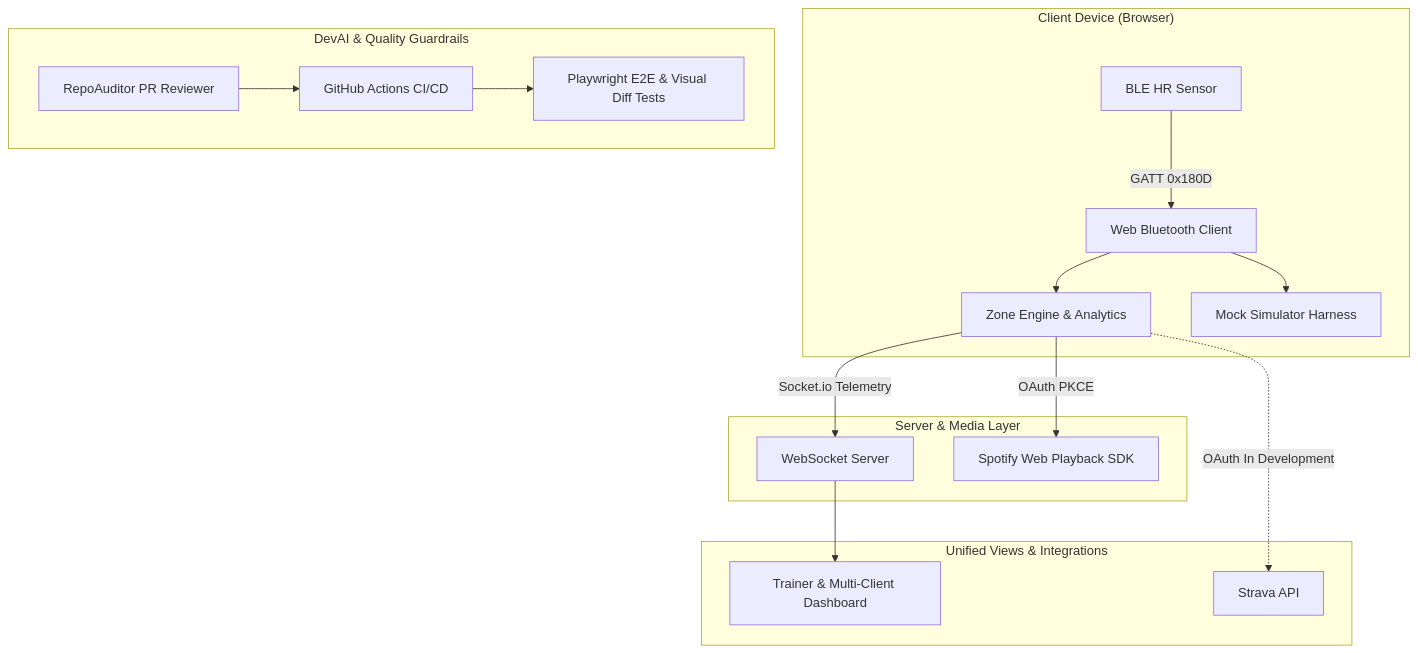
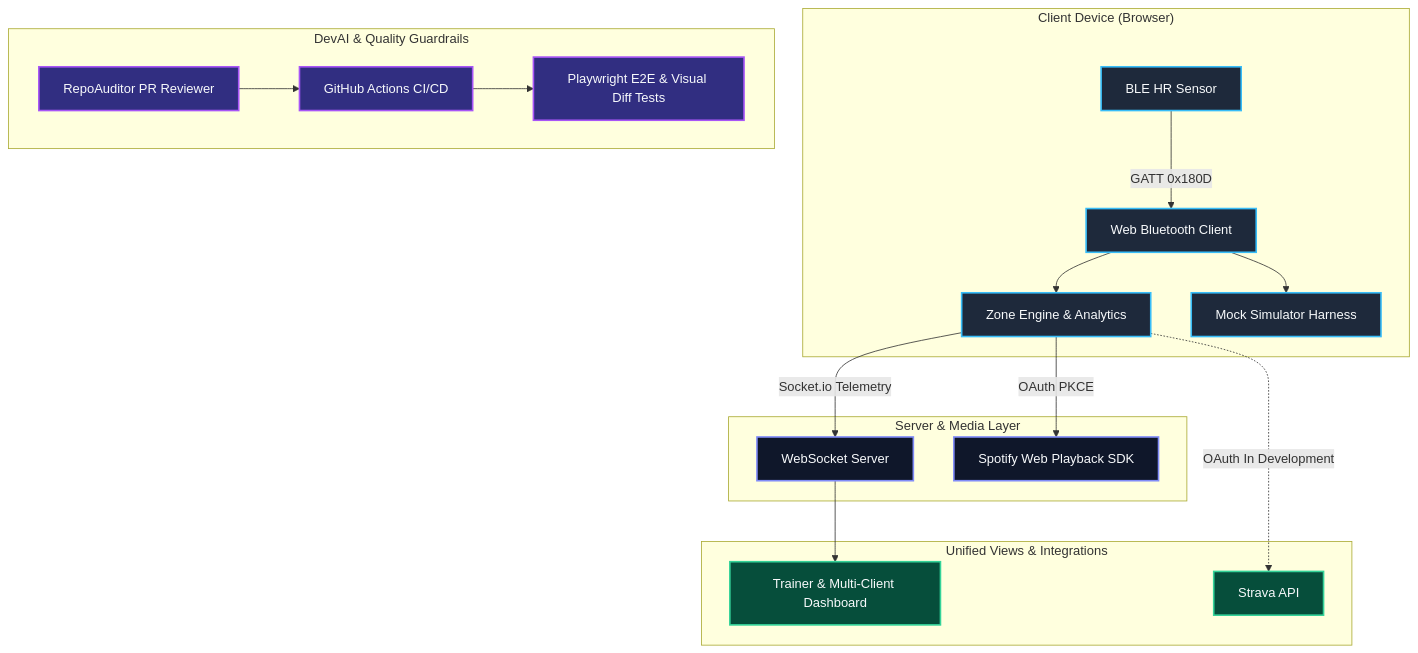
One commit to arii/portfolio changed the diagram in src/content/research/hrm-architecture.md. Above: the diagram before and after it, drawn with Mermaid. The commit also changed 5 other files, not shown here.

First line of the commit message:
Polish Mermaid diagrams across research articles

````diff
--- a/src/content/research/hrm-architecture.md
+++ b/src/content/research/hrm-architecture.md
@@ -94,23 +94,33 @@
 ```mermaid
 flowchart TD
     subgraph Client ["Client Device (Browser)"]
         BLE[BLE HR Sensor] -->|GATT 0x180D| WB[Web Bluetooth Client]
         WB --> ZE[Zone Engine & Analytics]
         WB --> MOCK[Mock Simulator Harness]
     end
 
     subgraph Relays ["Server & Media Layer"]
         ZE -->|Socket.io Telemetry| WS[WebSocket Server]
         ZE -->|OAuth PKCE| SPOT[Spotify Web Playback SDK]
     end
 
     subgraph Outputs ["Unified Views & Integrations"]
         WS --> DASH[Trainer & Multi-Client Dashboard]
         ZE -.->|OAuth In Development| STRAVA[Strava API]
     end
 
     subgraph CI ["DevAI & Quality Guardrails"]
         REPO[RepoAuditor PR Reviewer] --> GA[GitHub Actions CI/CD]
         GA --> PW[Playwright E2E & Visual Diff Tests]
     end
+
+    classDef client fill:#1e293b,stroke:#38bdf8,stroke-width:2px,color:#f8fafc;
+    classDef server fill:#0f172a,stroke:#818cf8,stroke-width:2px,color:#f8fafc;
+    classDef output fill:#064e3b,stroke:#34d399,stroke-width:2px,color:#f8fafc;
+    classDef devai fill:#312e81,stroke:#a855f7,stroke-width:2px,color:#f8fafc;
+
+    class BLE,WB,ZE,MOCK client;
+    class WS,SPOT server;
+    class DASH,STRAVA output;
+    class REPO,GA,PW devai;
 ```
````
